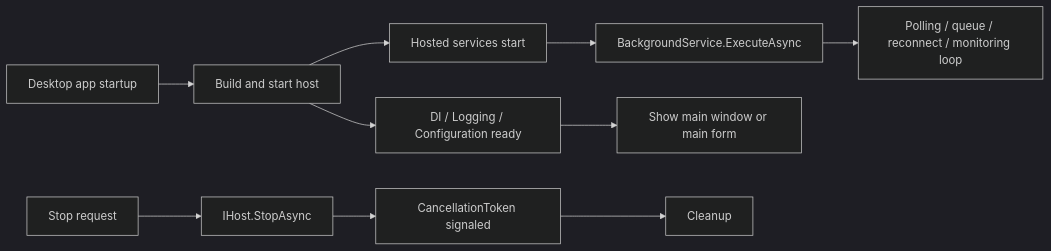
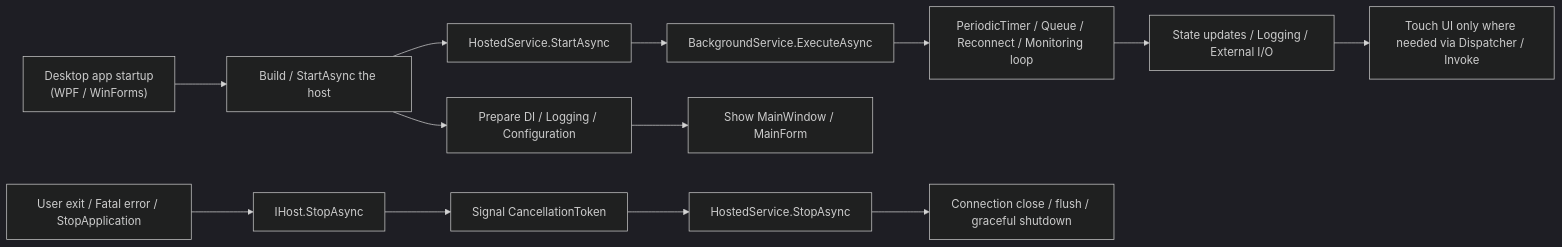
The diagram in _posts/2026-03-12-002-generic-host-backgroundservice-desktop-app-en.md (gomurin0428/KomuraSoftWeb), drawn with Mermaid (dark theme) before and after one commit. The commit also changed other lines of this file and 1 other file, not shown here.

````diff
--- a/_posts/2026-03-12-002-generic-host-backgroundservice-desktop-app-en.md
+++ b/_posts/2026-03-12-002-generic-host-backgroundservice-desktop-app-en.md
@@ -52,12 +122,17 @@
 ```mermaid
 flowchart LR
-    A["Desktop app startup"] --> B["Build and start host"]
-    B --> C["DI / Logging / Configuration ready"]
-    B --> D["Hosted services start"]
+    A["Desktop app startup<br/>(WPF / WinForms)"] --> B["Build / StartAsync the host"]
+    B --> C["Prepare DI / Logging / Configuration"]
+    B --> D["HostedService.StartAsync"]
     D --> E["BackgroundService.ExecuteAsync"]
-    E --> F["Polling / queue / reconnect / monitoring loop"]
-    C --> G["Show main window or main form"]
-    H["Stop request"] --> I["IHost.StopAsync"]
-    I --> J["CancellationToken signaled"]
-    J --> K["Cleanup"]
+    E --> F["PeriodicTimer / Queue / Reconnect / Monitoring loop"]
+
+    C --> G["Show MainWindow / MainForm"]
+    F --> H["State updates / Logging / External I/O"]
+    H --> I["Touch UI only where needed via Dispatcher / Invoke"]
+
+    J["User exit / Fatal error / StopApplication"] --> K["IHost.StopAsync"]
+    K --> L["Signal CancellationToken"]
+    L --> M["HostedService.StopAsync"]
+    M --> N["Connection close / flush / graceful shutdown"]
 ```
````
